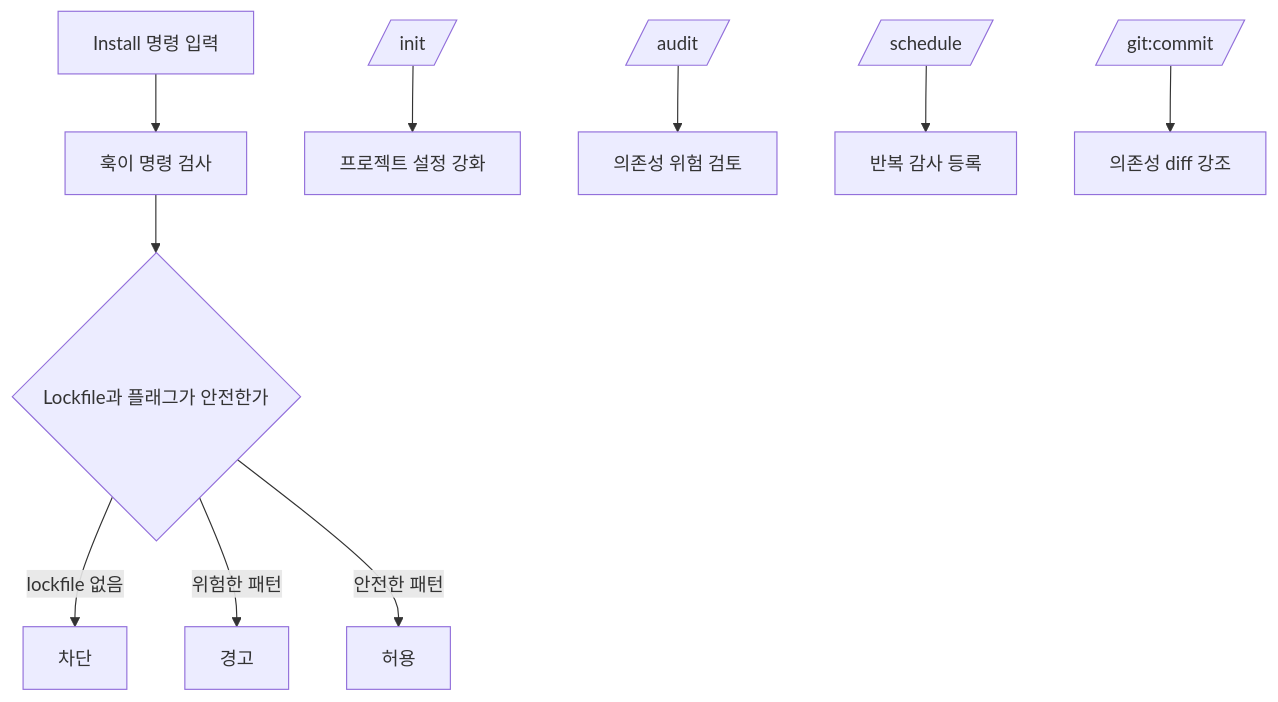
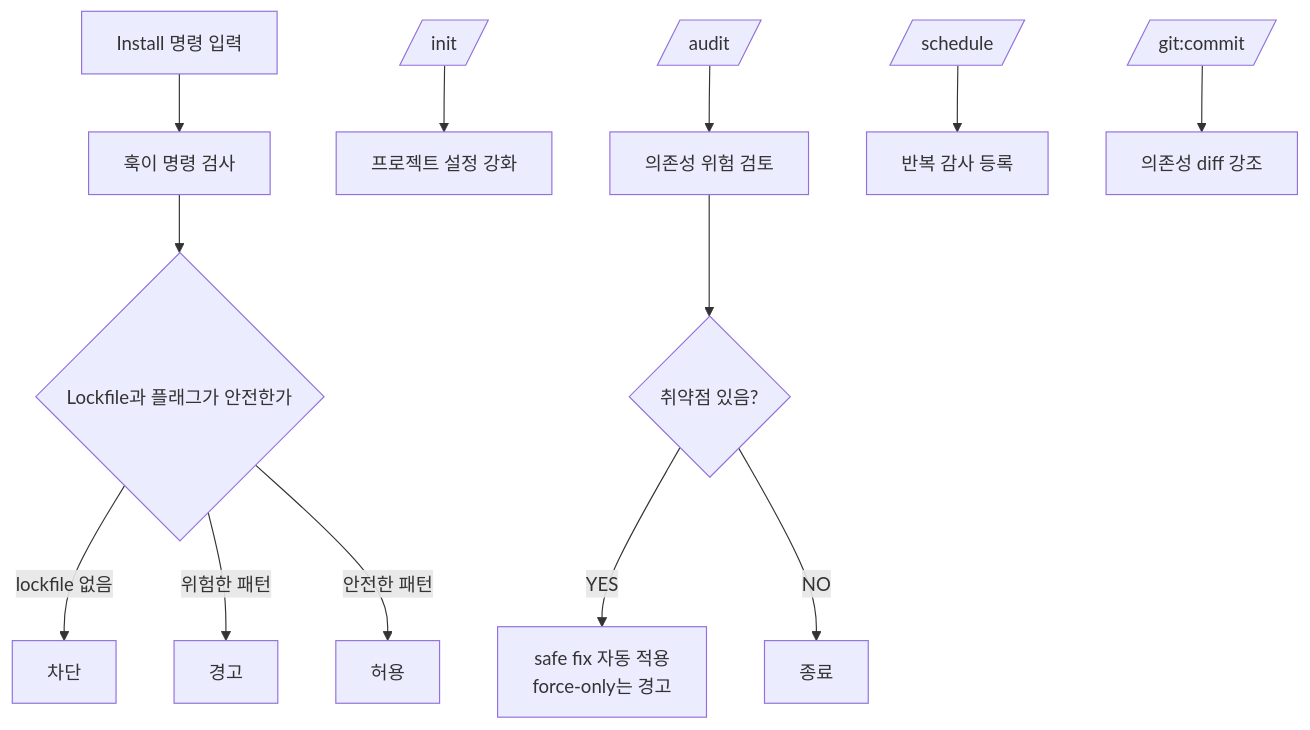
Before and after one commit to Yeonny0723/npm-supply-chain-guard: the diagram in docs/commands-and-hooks.md, drawn with Mermaid. The commit also changed other lines of this file, not shown here.

Commit message:
docs: update commands-and-hooks to reflect Step 8 remediation flow

````diff
--- a/docs/commands-and-hooks.md
+++ b/docs/commands-and-hooks.md
@@ -59,13 +59,16 @@
 ```mermaid
 flowchart TD
   A[Install 명령 입력] --> B[훅이 명령 검사]
   B --> C{Lockfile과 플래그가 안전한가}
   C -->|lockfile 없음| D[차단]
   C -->|위험한 패턴| E[경고]
   C -->|안전한 패턴| F[허용]
 
   G[/init/] --> H[프로젝트 설정 강화]
   I[/audit/] --> J[의존성 위험 검토]
-  K[/schedule/] --> L[반복 감사 등록]
-  M[/git:commit/] --> N[의존성 diff 강조]
+  J --> K{취약점 있음?}
+  K -->|YES| L[safe fix 자동 적용\nforce-only는 경고]
+  K -->|NO| M[종료]
+  N[/schedule/] --> O[반복 감사 등록]
+  P[/git:commit/] --> Q[의존성 diff 강조]
 ```
````
